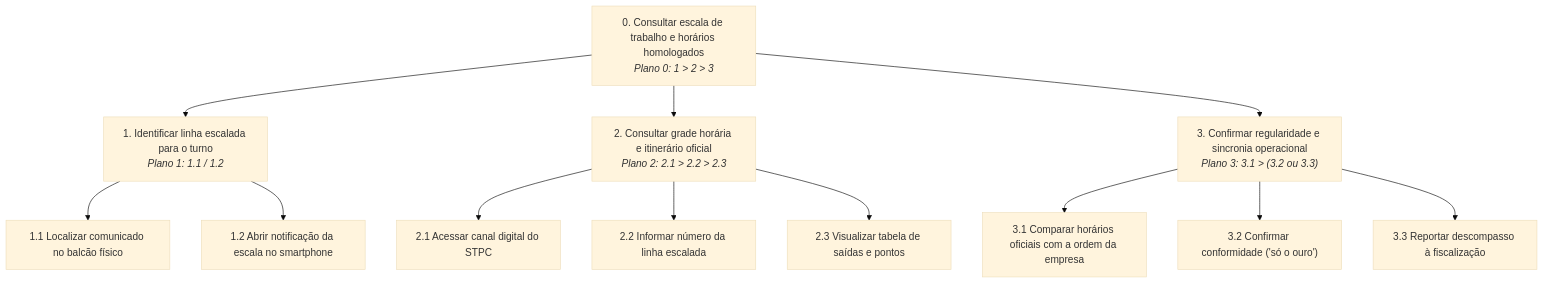
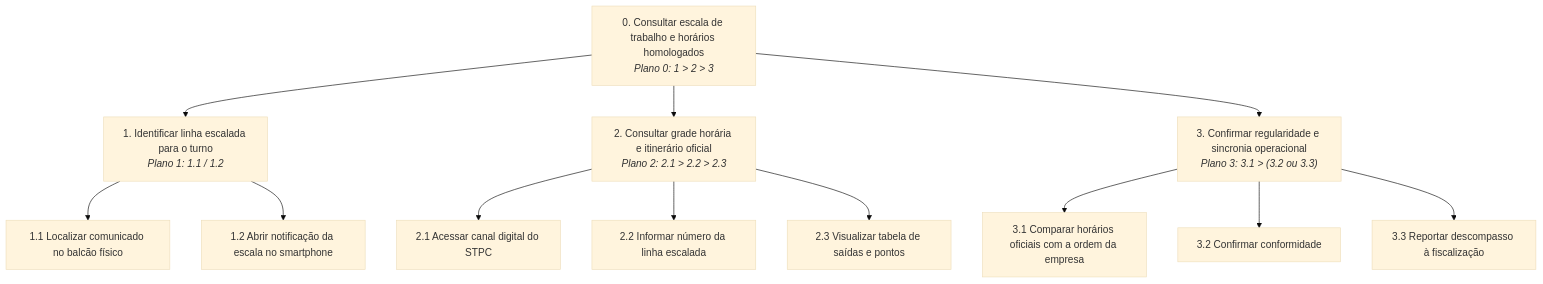
The first of 4 diagrams in docs/analise-de-requisitos/analise-de-tarefas/analise-hta-ctt-motorista.md (Interacao-Humano-Computador/2026.2-Grupo05), drawn with Mermaid (base theme) before and after one commit. The commit also changed other lines of this file, not shown here.

````diff
--- a/docs/analise-de-requisitos/analise-de-tarefas/analise-hta-ctt-motorista.md
+++ b/docs/analise-de-requisitos/analise-de-tarefas/analise-hta-ctt-motorista.md
@@ -104,31 +104,31 @@
 ```mermaid
 graph TD
     T0["0. Consultar escala de trabalho e horários homologados<br/><i>Plano 0: 1 > 2 > 3</i>"]
     
     T1["1. Identificar linha escalada para o turno<br/><i>Plano 1: 1.1 / 1.2</i>"]
     T2["2. Consultar grade horária e itinerário oficial<br/><i>Plano 2: 2.1 > 2.2 > 2.3</i>"]
     T3["3. Confirmar regularidade e sincronia operacional<br/><i>Plano 3: 3.1 > (3.2 ou 3.3)</i>"]
     
     T0 --> T1
     T0 --> T2
     T0 --> T3
     
     T11["1.1 Localizar comunicado no balcão físico"]
     T12["1.2 Abrir notificação da escala no smartphone"]
     T1 --> T11
     T1 --> T12
     
     T21["2.1 Acessar canal digital do STPC"]
     T22["2.2 Informar número da linha escalada"]
     T23["2.3 Visualizar tabela de saídas e pontos"]
     T2 --> T21
     T2 --> T22
     T2 --> T23
     
     T31["3.1 Comparar horários oficiais com a ordem da empresa"]
-    T32["3.2 Confirmar conformidade ('só o ouro')"]
+    T32["3.2 Confirmar conformidade"]
     T33["3.3 Reportar descompasso à fiscalização"]
     T3 --> T31
     T3 --> T32
     T3 --> T33
 ```
````
